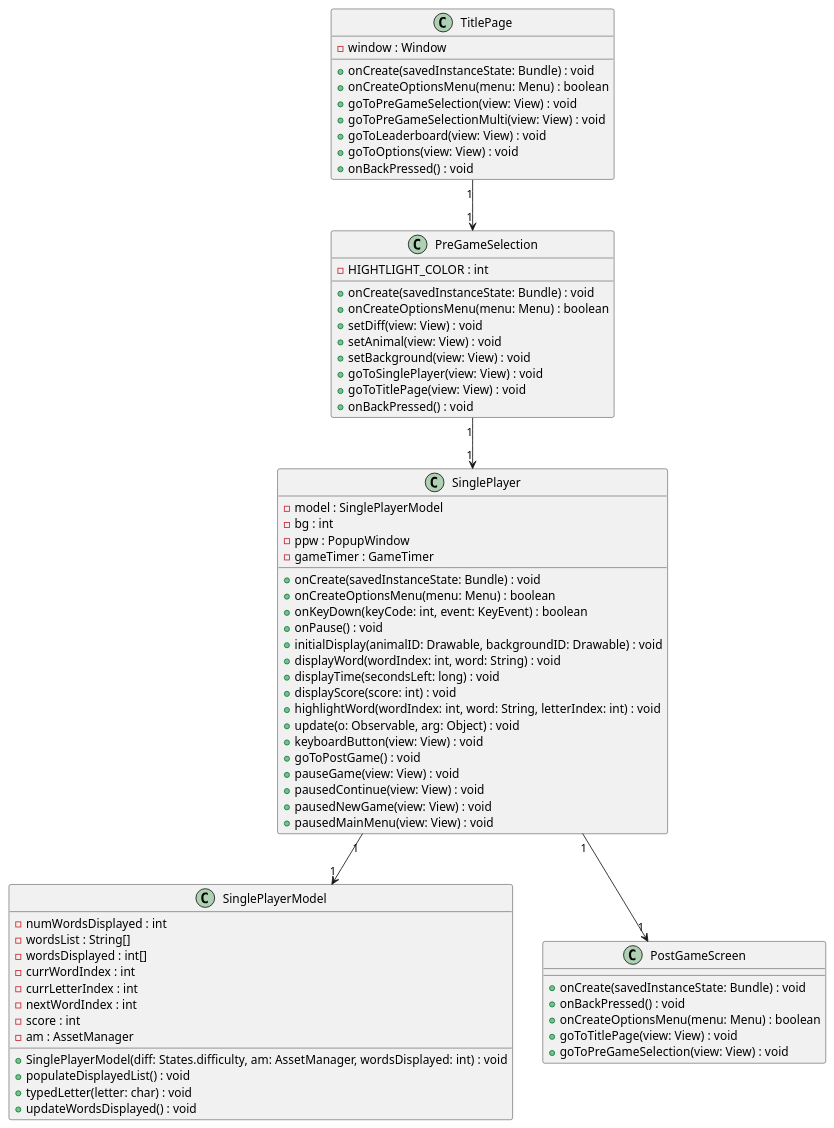
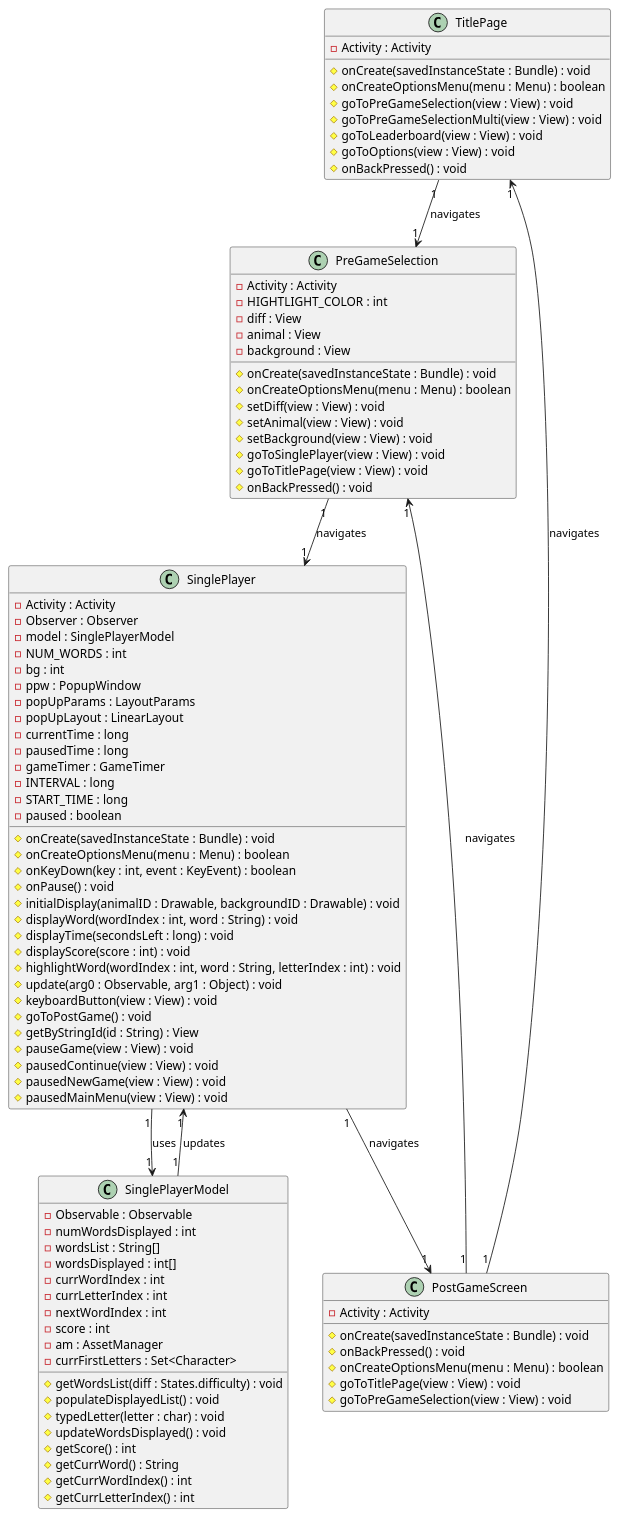
The diagram in artefacts/pre-experiments/file-handling/project-1/gpt-diagram.puml (sh4r10/thesis-autogen-classdiagrams), drawn with PlantUML before and after one commit. The commit also changed 1 other file, not shown here.

```diff
--- a/artefacts/pre-experiments/file-handling/project-1/gpt-diagram.puml
+++ b/artefacts/pre-experiments/file-handling/project-1/gpt-diagram.puml
@@ -1,77 +1,102 @@
 @startuml
 
 class TitlePage {
-    - window : Window
-    + onCreate(savedInstanceState: Bundle) : void
-    + onCreateOptionsMenu(menu: Menu) : boolean
-    + goToPreGameSelection(view: View) : void
-    + goToPreGameSelectionMulti(view: View) : void
-    + goToLeaderboard(view: View) : void
-    + goToOptions(view: View) : void
-    + onBackPressed() : void
+    -Activity : Activity
+    #onCreate(savedInstanceState : Bundle) : void
+    #onCreateOptionsMenu(menu : Menu) : boolean
+    #goToPreGameSelection(view : View) : void
+    #goToPreGameSelectionMulti(view : View) : void
+    #goToLeaderboard(view : View) : void
+    #goToOptions(view : View) : void
+    #onBackPressed() : void
 }
 
 class PreGameSelection {
-    - HIGHTLIGHT_COLOR : int
-    + onCreate(savedInstanceState: Bundle) : void
-    + onCreateOptionsMenu(menu: Menu) : boolean
-    + setDiff(view: View) : void
-    + setAnimal(view: View) : void
-    + setBackground(view: View) : void
-    + goToSinglePlayer(view: View) : void
-    + goToTitlePage(view: View) : void
-    + onBackPressed() : void
+    -Activity : Activity
+    -HIGHTLIGHT_COLOR : int
+    -diff : View
+    -animal : View
+    -background : View
+    #onCreate(savedInstanceState : Bundle) : void
+    #onCreateOptionsMenu(menu : Menu) : boolean
+    #setDiff(view : View) : void
+    #setAnimal(view : View) : void
+    #setBackground(view : View) : void
+    #goToSinglePlayer(view : View) : void
+    #goToTitlePage(view : View) : void
+    #onBackPressed() : void
 }
 
 class SinglePlayer {
-    - model : SinglePlayerModel
-    - bg : int
-    - ppw : PopupWindow
-    - gameTimer : GameTimer
-    + onCreate(savedInstanceState: Bundle) : void
-    + onCreateOptionsMenu(menu: Menu) : boolean
-    + onKeyDown(keyCode: int, event: KeyEvent) : boolean
-    + onPause() : void
-    + initialDisplay(animalID: Drawable, backgroundID: Drawable) : void
-    + displayWord(wordIndex: int, word: String) : void
-    + displayTime(secondsLeft: long) : void
-    + displayScore(score: int) : void
-    + highlightWord(wordIndex: int, word: String, letterIndex: int) : void
-    + update(o: Observable, arg: Object) : void
-    + keyboardButton(view: View) : void
-    + goToPostGame() : void
-    + pauseGame(view: View) : void
-    + pausedContinue(view: View) : void
-    + pausedNewGame(view: View) : void
-    + pausedMainMenu(view: View) : void
+    -Activity : Activity
+    -Observer : Observer
+    -model : SinglePlayerModel
+    -NUM_WORDS : int
+    -bg : int
+    -ppw : PopupWindow
+    -popUpParams : LayoutParams
+    -popUpLayout : LinearLayout
+    -currentTime : long
+    -pausedTime : long
+    -gameTimer : GameTimer
+    -INTERVAL : long
+    -START_TIME : long
+    -paused : boolean
+    #onCreate(savedInstanceState : Bundle) : void
+    #onCreateOptionsMenu(menu : Menu) : boolean
+    #onKeyDown(key : int, event : KeyEvent) : boolean
+    #onPause() : void
+    #initialDisplay(animalID : Drawable, backgroundID : Drawable) : void
+    #displayWord(wordIndex : int, word : String) : void
+    #displayTime(secondsLeft : long) : void
+    #displayScore(score : int) : void
+    #highlightWord(wordIndex : int, word : String, letterIndex : int) : void
+    #update(arg0 : Observable, arg1 : Object) : void
+    #keyboardButton(view : View) : void
+    #goToPostGame() : void
+    #getByStringId(id : String) : View
+    #pauseGame(view : View) : void
+    #pausedContinue(view : View) : void
+    #pausedNewGame(view : View) : void
+    #pausedMainMenu(view : View) : void
 }
 
 class SinglePlayerModel {
-    - numWordsDisplayed : int
-    - wordsList : String[]
-    - wordsDisplayed : int[]
-    - currWordIndex : int
-    - currLetterIndex : int
-    - nextWordIndex : int
-    - score : int
-    - am : AssetManager
-    + SinglePlayerModel(diff: States.difficulty, am: AssetManager, wordsDisplayed: int) : void
-    + populateDisplayedList() : void
-    + typedLetter(letter: char) : void
-    + updateWordsDisplayed() : void
+    -Observable : Observable
+    -numWordsDisplayed : int
+    -wordsList : String[]
+    -wordsDisplayed : int[]
+    -currWordIndex : int
+    -currLetterIndex : int
+    -nextWordIndex : int
+    -score : int
+    -am : AssetManager
+    -currFirstLetters : Set<Character>
+    #getWordsList(diff : States.difficulty) : void
+    #populateDisplayedList() : void
+    #typedLetter(letter : char) : void
+    #updateWordsDisplayed() : void
+    #getScore() : int
+    #getCurrWord() : String
+    #getCurrWordIndex() : int
+    #getCurrLetterIndex() : int
 }
 
 class PostGameScreen {
-    + onCreate(savedInstanceState: Bundle) : void
-    + onBackPressed() : void
-    + onCreateOptionsMenu(menu: Menu) : boolean
-    + goToTitlePage(view: View) : void
-    + goToPreGameSelection(view: View) : void
+    -Activity : Activity
+    #onCreate(savedInstanceState : Bundle) : void
+    #onBackPressed() : void
+    #onCreateOptionsMenu(menu : Menu) : boolean
+    #goToTitlePage(view : View) : void
+    #goToPreGameSelection(view : View) : void
 }
 
-TitlePage "1" --> "1" PreGameSelection
-PreGameSelection "1" --> "1" SinglePlayer
-SinglePlayer "1" --> "1" SinglePlayerModel
-SinglePlayer "1" --> "1" PostGameScreen
+TitlePage "1" --> "1" PreGameSelection : navigates
+PreGameSelection "1" --> "1" SinglePlayer : navigates
+SinglePlayer "1" --> "1" SinglePlayerModel : uses
+SinglePlayerModel "1" --> "1" SinglePlayer : updates
+SinglePlayer "1" --> "1" PostGameScreen : navigates
+PostGameScreen "1" --> "1" TitlePage : navigates
+PostGameScreen "1" --> "1" PreGameSelection : navigates
 
 @enduml
```
